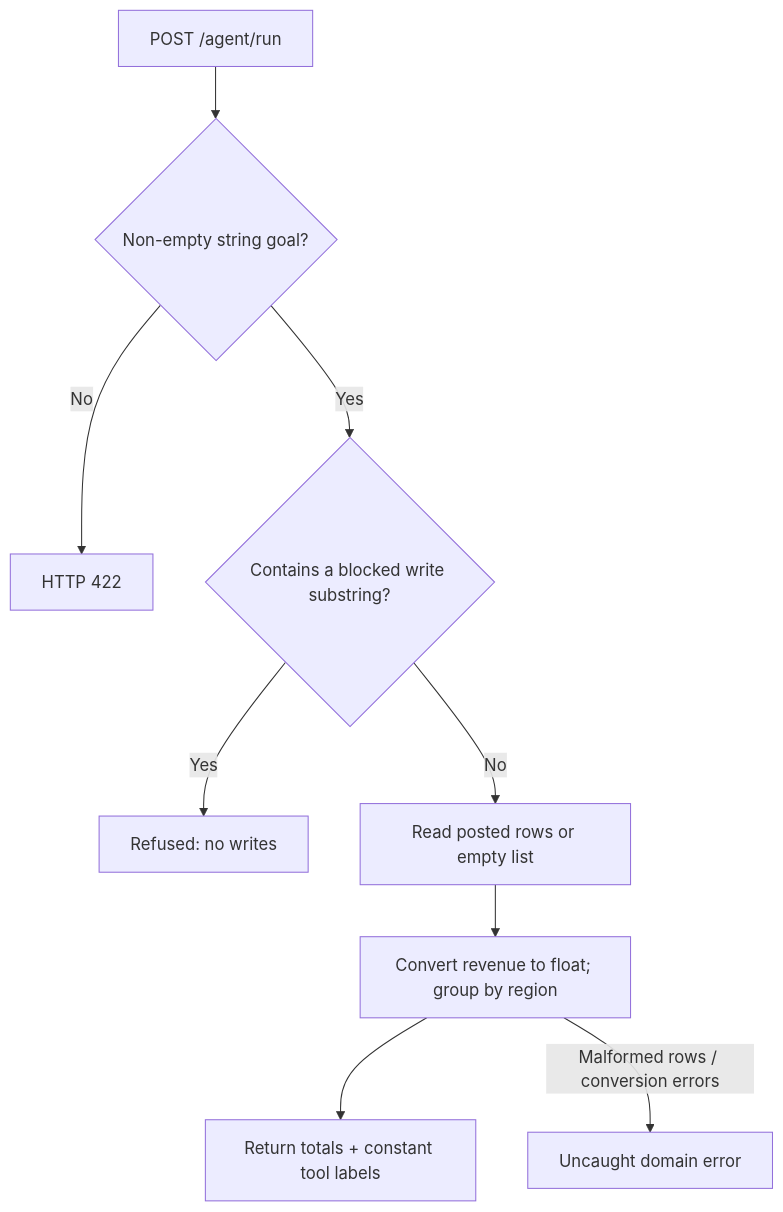
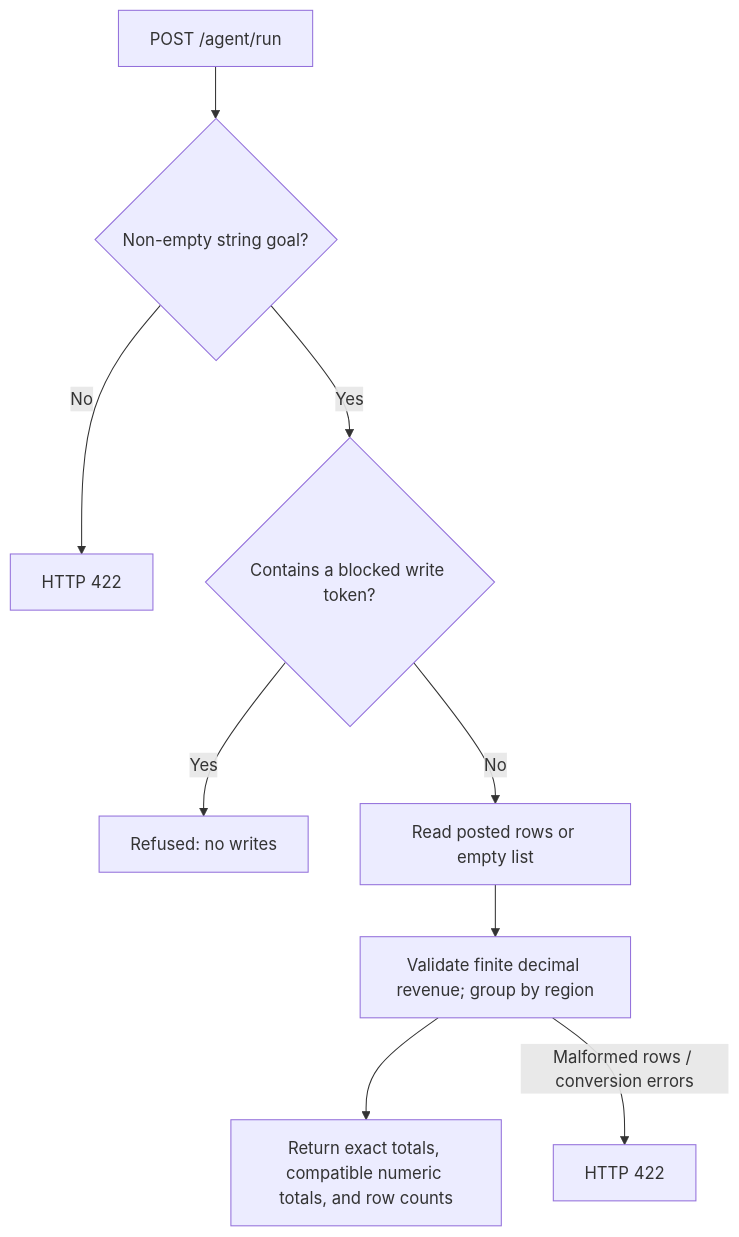
One commit to iarsingh/sql-data-analyst-agent changed the first of 2 diagrams in docs/PROCESS_FLOW.md. Above: the diagram before and after it, drawn with Mermaid. The commit also changed other lines of this file and 13 other files, not shown here.

````diff
--- a/docs/PROCESS_FLOW.md
+++ b/docs/PROCESS_FLOW.md
@@ -7,11 +7,11 @@
 ```mermaid
 flowchart TD
   A["POST /agent/run"] --> B{"Non-empty string goal?"}
   B -->|"No"| E["HTTP 422"]
-  B -->|"Yes"| C{"Contains a blocked write substring?"}
+  B -->|"Yes"| C{"Contains a blocked write token?"}
   C -->|"Yes"| R["Refused: no writes"]
   C -->|"No"| P["Read posted rows or empty list"]
-  P --> F["Convert revenue to float; group by region"]
-  F --> O["Return totals + constant tool labels"]
-  F -->|"Malformed rows / conversion errors"| X["Uncaught domain error"]
+  P --> F["Validate finite decimal revenue; group by region"]
+  F --> O["Return exact totals, compatible numeric totals, and row counts"]
+  F -->|"Malformed rows / conversion errors"| X["HTTP 422"]
 ```
````
